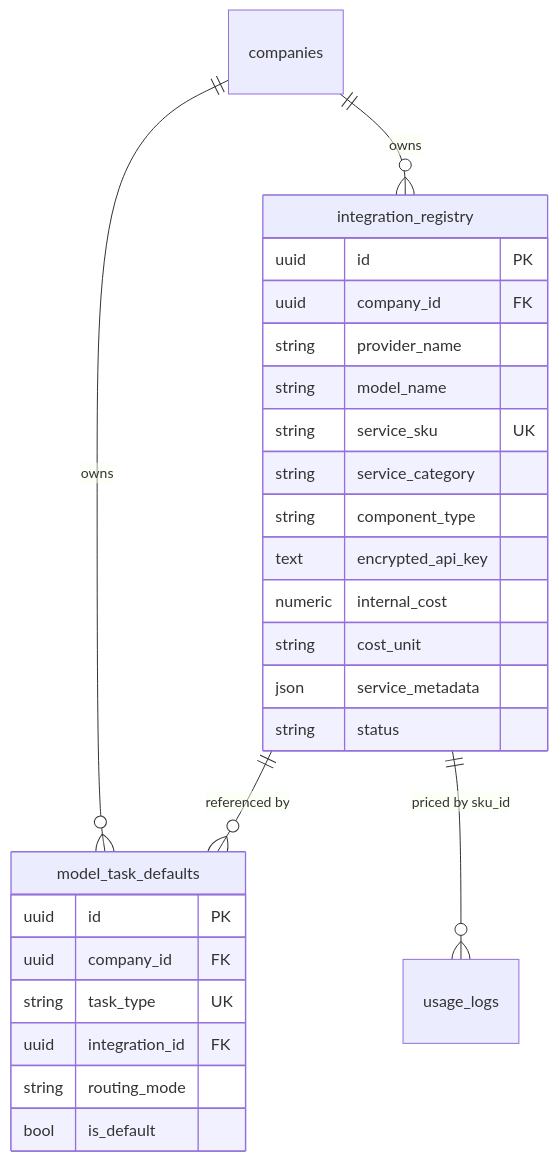
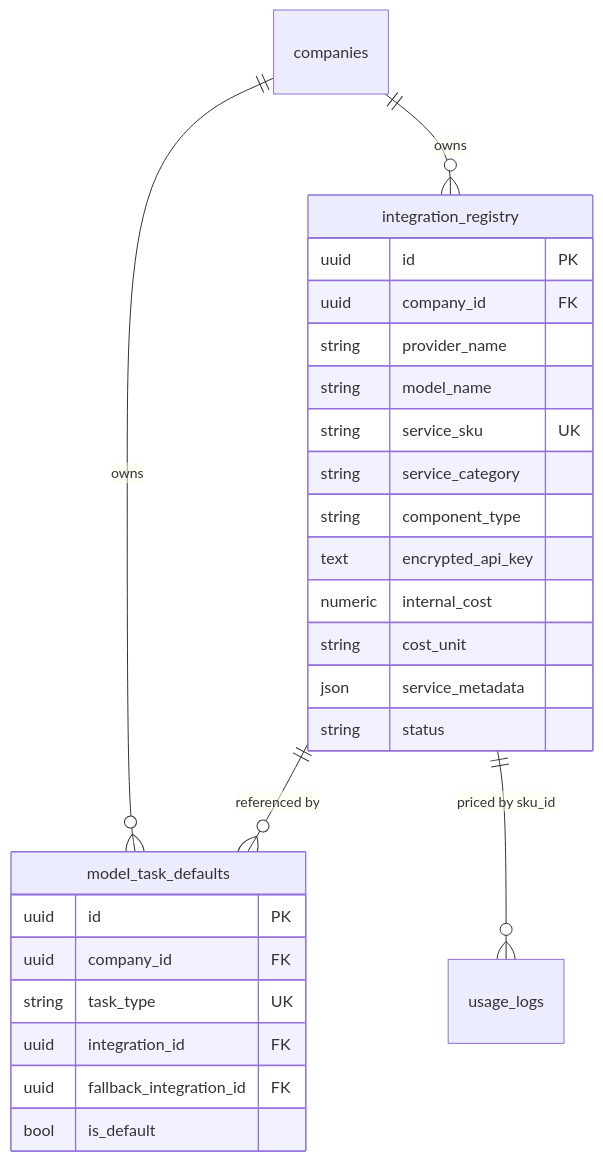
One commit to gondolerahul/hire-buddha-app changed the second of 21 diagrams in docs/current/10-llm-providers.md. Above: the diagram before and after it, drawn with Mermaid. The commit also changed other lines of this file and 13 other files, not shown here.

````diff
--- a/docs/current/10-llm-providers.md
+++ b/docs/current/10-llm-providers.md
@@ -95,30 +95,30 @@
 ```mermaid
 erDiagram
     companies ||--o{ integration_registry : owns
     companies ||--o{ model_task_defaults : owns
     integration_registry ||--o{ model_task_defaults : "referenced by"
     integration_registry ||--o{ usage_logs : "priced by sku_id"
 
     integration_registry {
         uuid id PK
         uuid company_id FK
         string provider_name
         string model_name
         string service_sku UK
         string service_category
         string component_type
         text encrypted_api_key
         numeric internal_cost
         string cost_unit
         json service_metadata
         string status
     }
     model_task_defaults {
         uuid id PK
         uuid company_id FK
         string task_type UK
         uuid integration_id FK
-        string routing_mode
+        uuid fallback_integration_id FK
         bool is_default
     }
 ```
````
